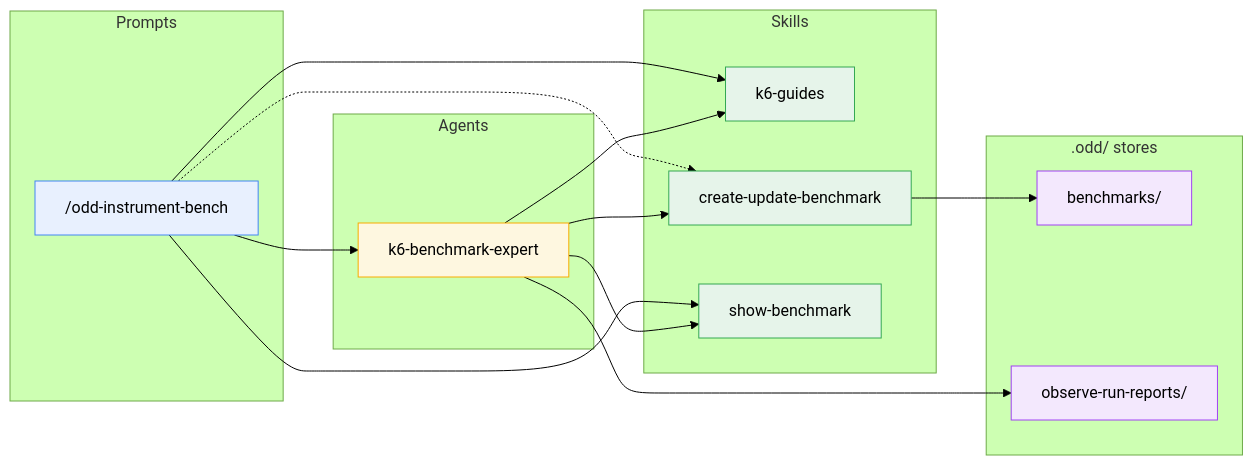
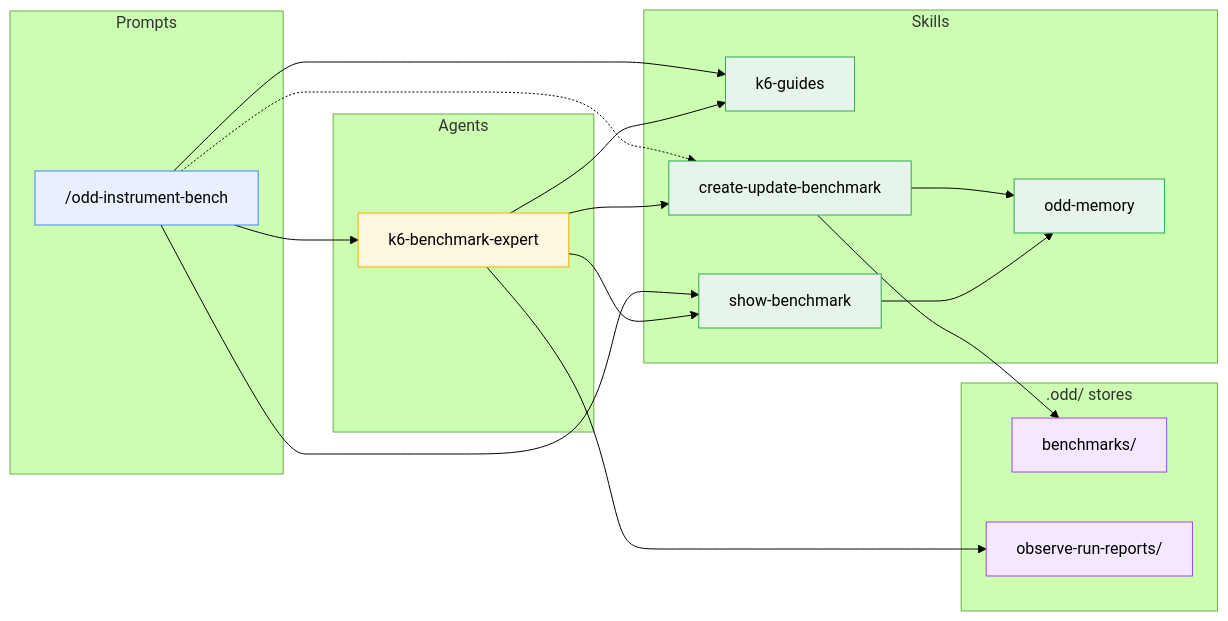
Before and after one commit to using-system/oddyssey: the second of 7 diagrams in docs/guide/dependencies.md, drawn with Mermaid (forest theme). The commit also changed other lines of this file and 12 other files, not shown here.

Commit message:
feat(skill): odd-memory - one contract for the .odd/ memory, each create and show skill keeps only its specifics (#315)

````diff
--- a/docs/guide/dependencies.md
+++ b/docs/guide/dependencies.md
@@ -94,42 +98,46 @@
 ```mermaid
 flowchart LR
   subgraph Prompts
     bench["/odd-instrument-bench"]
   end
 
   subgraph Agents
     k6x[k6-benchmark-expert]
   end
 
   subgraph Skills
     kg[k6-guides]
     cub[create-update-benchmark]
     sb[show-benchmark]
+    mem[odd-memory]
   end
 
   subgraph Stores[".odd/ stores"]
     benchdir[benchmarks/]
     obsdir[observe-run-reports/]
   end
 
   bench --> k6x
   bench --> kg
   bench --> sb
   bench -.-> cub
 
   k6x --> kg
   k6x --> cub
   k6x --> sb
   k6x --> obsdir
 
   cub --> benchdir
 
+  cub --> mem
+  sb --> mem
+
   classDef prompt fill:#e8f0fe,stroke:#4285f4
   classDef agent fill:#fef7e0,stroke:#f9ab00
   classDef skill fill:#e6f4ea,stroke:#34a853
   classDef store fill:#f3e8fd,stroke:#a142f4
   class bench prompt
   class k6x agent
-  class kg,cub,sb skill
+  class kg,cub,sb,mem skill
   class benchdir,obsdir store
 ```
````
